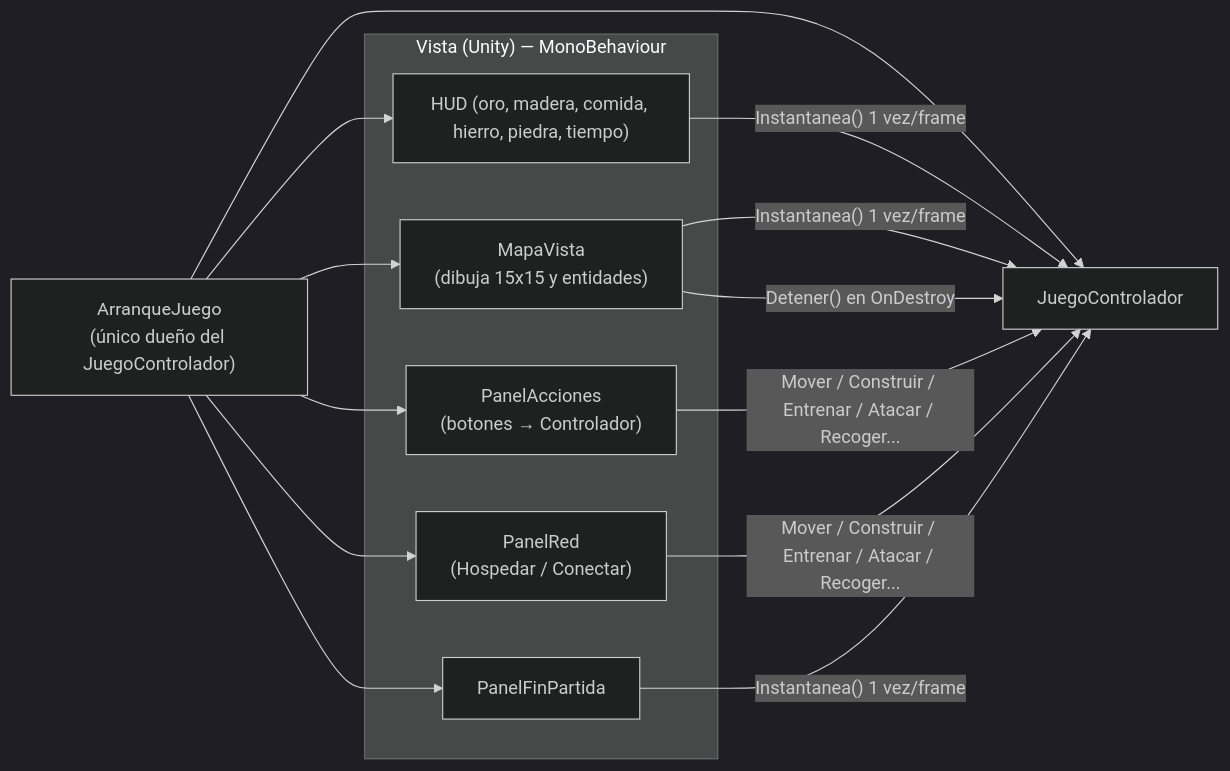
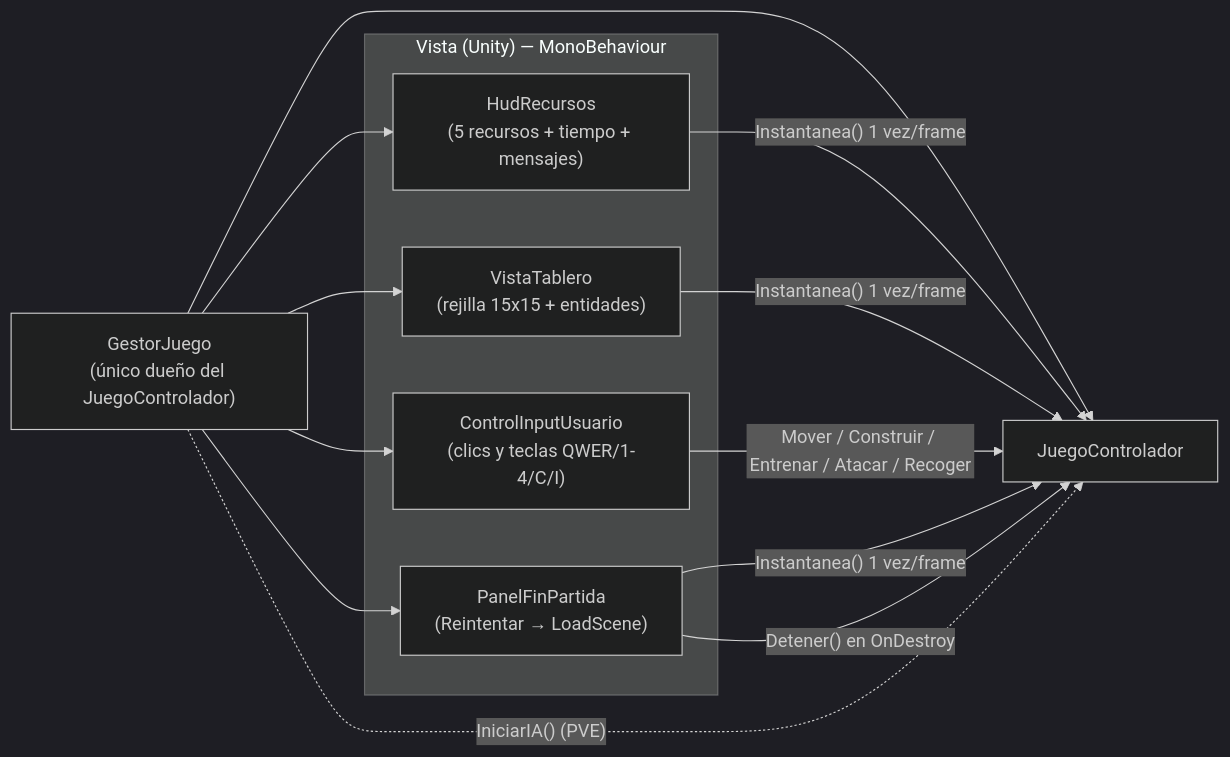
Before and after one commit to bardock7238/RTS-Academico: the tenth of 10 diagrams in DOCUMENTACION.md, drawn with Mermaid (dark theme). The commit also changed other lines of this file and 19 other files, not shown here.

Commit message:
feat(vista): vista minima PVE + IA enemiga + escena + docs/diagramas

````diff
--- a/DOCUMENTACION.md
+++ b/DOCUMENTACION.md
@@ -680,15 +737,15 @@
 ```mermaid
 flowchart LR
-    AR["ArranqueJuego\n(único dueño del JuegoControlador)"] --> JC["JuegoControlador"]
+    GJ["GestorJuego\n(único dueño del JuegoControlador)"] --> JC["JuegoControlador"]
     subgraph VISTA["Vista (Unity) — MonoBehaviour"]
-        HUD["HUD (oro, madera, comida, hierro, piedra, tiempo)"]
-        TILES["MapaVista\n(dibuja 15x15 y entidades)"]
-        UI["PanelAcciones\n(botones → Controlador)"]
-        REDUI["PanelRed\n(Hospedar / Conectar)"]
-        FIN["PanelFinPartida"]
+        HUD["HudRecursos\n(5 recursos + tiempo + mensajes)"]
+        TILES["VistaTablero\n(rejilla 15x15 + entidades)"]
+        IN["ControlInputUsuario\n(clics y teclas QWER/1-4/C/I)"]
+        FIN["PanelFinPartida\n(Reintentar → LoadScene)"]
     end
-    AR --> HUD & TILES & UI & REDUI & FIN
+    GJ --> HUD & TILES & IN & FIN
     HUD & TILES & FIN -->|"Instantanea() 1 vez/frame"| JC
-    UI & REDUI -->|"Mover / Construir / Entrenar / Atacar / Recoger... "| JC
-    TILES -->|"Detener() en OnDestroy"| JC
+    IN -->|"Mover / Construir / Entrenar / Atacar / Recoger "| JC
+    FIN -->|"Detener() en OnDestroy"| JC
+    GJ -.->|"IniciarIA() (PVE)"| JC
 ```
````
